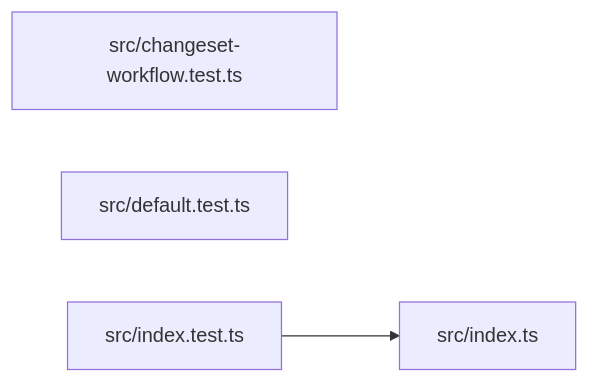
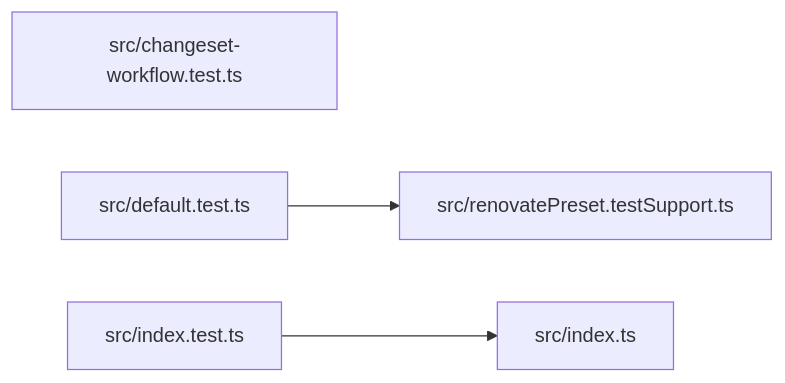
The diagram in paradox/diagrams/module-relationships.mmd (ankhorage/renovate), drawn with Mermaid before and after one commit. The commit also changed 11 other files, not shown here.

```diff
--- a/paradox/diagrams/module-relationships.mmd
+++ b/paradox/diagrams/module-relationships.mmd
@@ -1,6 +1,8 @@
 graph LR
   module_src_changeset_workflow_test_ts["src/changeset-workflow.test.ts"]
   module_src_default_test_ts["src/default.test.ts"]
   module_src_index_test_ts["src/index.test.ts"]
   module_src_index_ts["src/index.ts"]
+  module_src_renovatePreset_testSupport_ts["src/renovatePreset.testSupport.ts"]
+  module_src_default_test_ts --> module_src_renovatePreset_testSupport_ts
   module_src_index_test_ts --> module_src_index_ts
```
